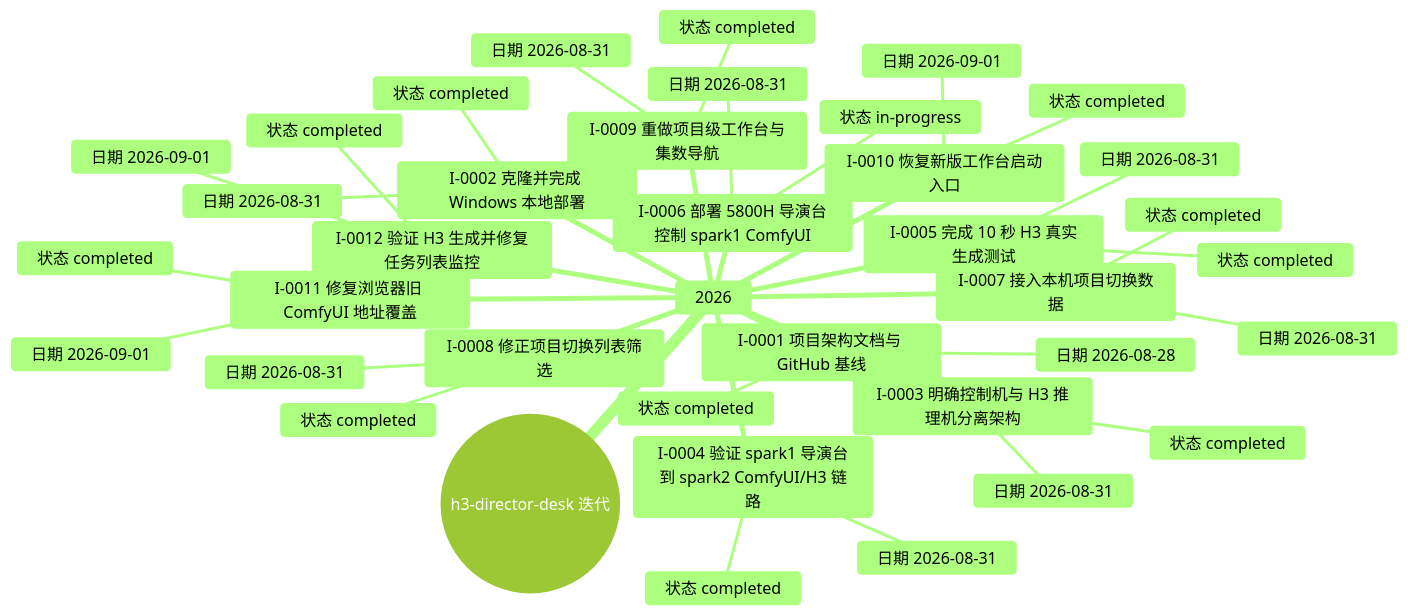
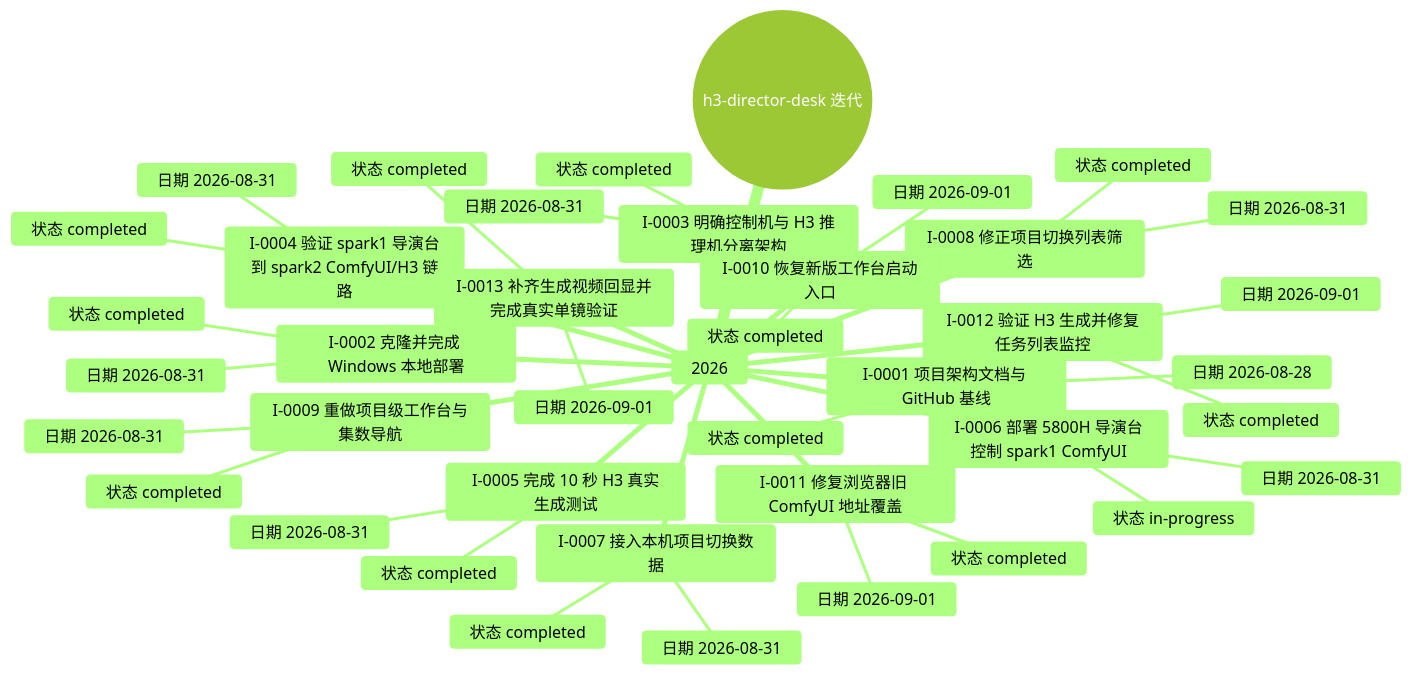
Before and after one commit to Exalex/h3-director-desk: the diagram in docs/project-evolution/mindmaps/iterations.md, drawn with Mermaid (forest theme). The commit also changed other lines of this file and 6 other files, not shown here.

````diff
--- a/docs/project-evolution/mindmaps/iterations.md
+++ b/docs/project-evolution/mindmaps/iterations.md
@@ -5,41 +5,44 @@
 ```mermaid
 mindmap
   root((h3-director-desk 迭代))
     2026
       I-0001 项目架构文档与 GitHub 基线
         状态 completed
         日期 2026-08-28
       I-0002 克隆并完成 Windows 本地部署
         状态 completed
         日期 2026-08-31
       I-0003 明确控制机与 H3 推理机分离架构
         状态 completed
         日期 2026-08-31
       I-0004 验证 spark1 导演台到 spark2 ComfyUI/H3 链路
         状态 completed
         日期 2026-08-31
       I-0005 完成 10 秒 H3 真实生成测试
         状态 completed
         日期 2026-08-31
       I-0006 部署 5800H 导演台控制 spark1 ComfyUI
         状态 in-progress
         日期 2026-08-31
       I-0007 接入本机项目切换数据
         状态 completed
         日期 2026-08-31
       I-0008 修正项目切换列表筛选
         状态 completed
         日期 2026-08-31
       I-0009 重做项目级工作台与集数导航
         状态 completed
         日期 2026-08-31
       I-0010 恢复新版工作台启动入口
         状态 completed
         日期 2026-09-01
       I-0011 修复浏览器旧 ComfyUI 地址覆盖
         状态 completed
         日期 2026-09-01
       I-0012 验证 H3 生成并修复任务列表监控
         状态 completed
         日期 2026-09-01
+      I-0013 补齐生成视频回显并完成真实单镜验证
+        状态 completed
+        日期 2026-09-01
 ```
````
